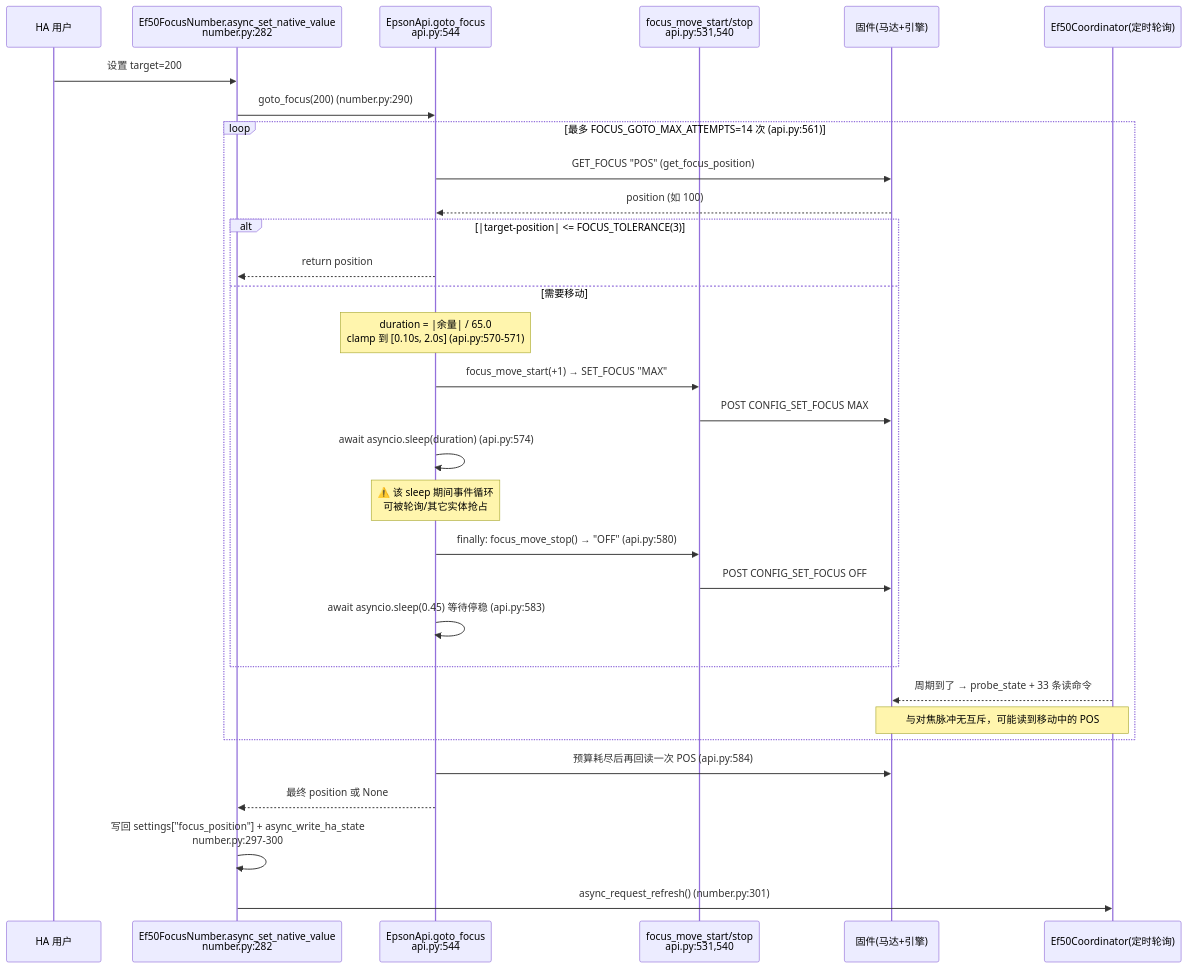
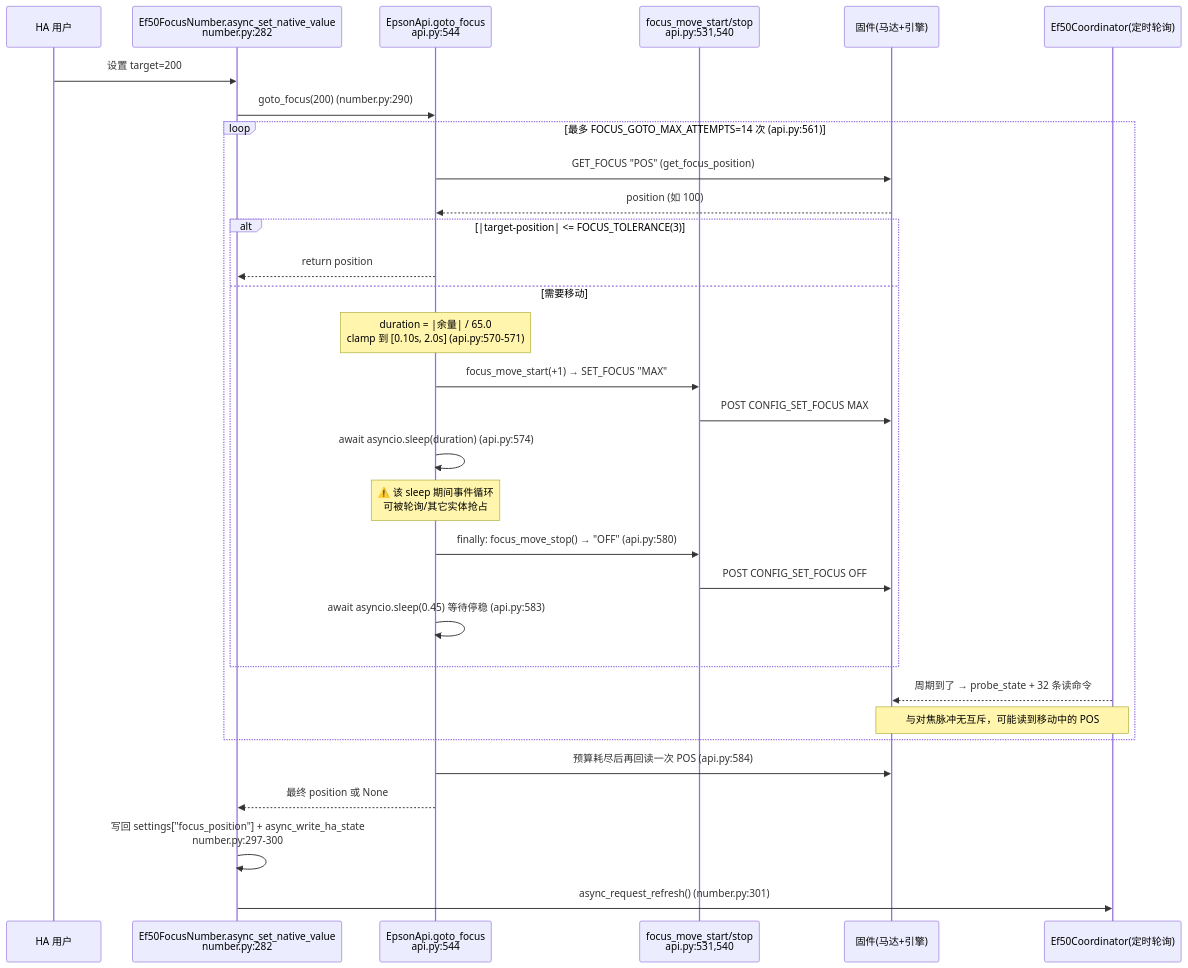
Before and after one commit to aixmoyu/ha-epson-ef-projector: the fifth of 7 diagrams in docs/architecture/architecture_views/process_view.md, drawn with Mermaid. The commit also changed other lines of this file and 78 other files, not shown here.

````diff
--- a/docs/architecture/architecture_views/process_view.md
+++ b/docs/architecture/architecture_views/process_view.md
@@ -266,34 +266,34 @@
 ```mermaid
 sequenceDiagram
     participant U as HA 用户
     participant N as Ef50FocusNumber.async_set_native_value<br/>number.py:282
     participant G as EpsonApi.goto_focus<br/>api.py:544
     participant FS as focus_move_start/stop<br/>api.py:531,540
     participant FW as 固件(马达+引擎)
     participant CO as Ef50Coordinator(定时轮询)
 
     U->>N: 设置 target=200
     N->>G: goto_focus(200) (number.py:290)
     loop 最多 FOCUS_GOTO_MAX_ATTEMPTS=14 次 (api.py:561)
         G->>FW: GET_FOCUS "POS" (get_focus_position)
         FW-->>G: position (如 100)
         alt |target-position| <= FOCUS_TOLERANCE(3)
             G-->>N: return position
         else 需要移动
             Note over G: duration = |余量| / 65.0<br/>clamp 到 [0.10s, 2.0s] (api.py:570-571)
             G->>FS: focus_move_start(+1) → SET_FOCUS "MAX"
             FS->>FW: POST CONFIG_SET_FOCUS MAX
             G->>G: await asyncio.sleep(duration) (api.py:574)
             Note over G: ⚠️ 该 sleep 期间事件循环<br/>可被轮询/其它实体抢占
             G->>FS: finally: focus_move_stop() → "OFF" (api.py:580)
             FS->>FW: POST CONFIG_SET_FOCUS OFF
             G->>G: await asyncio.sleep(0.45) 等待停稳 (api.py:583)
         end
-        CO-->>FW: 周期到了 → probe_state + 33 条读命令
+        CO-->>FW: 周期到了 → probe_state + 32 条读命令
         Note over CO,FW: 与对焦脉冲无互斥，可能读到移动中的 POS
     end
     G->>FW: 预算耗尽后再回读一次 POS (api.py:584)
     G-->>N: 最终 position 或 None
     N->>N: 写回 settings["focus_position"] + async_write_ha_state<br/>number.py:297-300
     N->>CO: async_request_refresh() (number.py:301)
 ```
````
